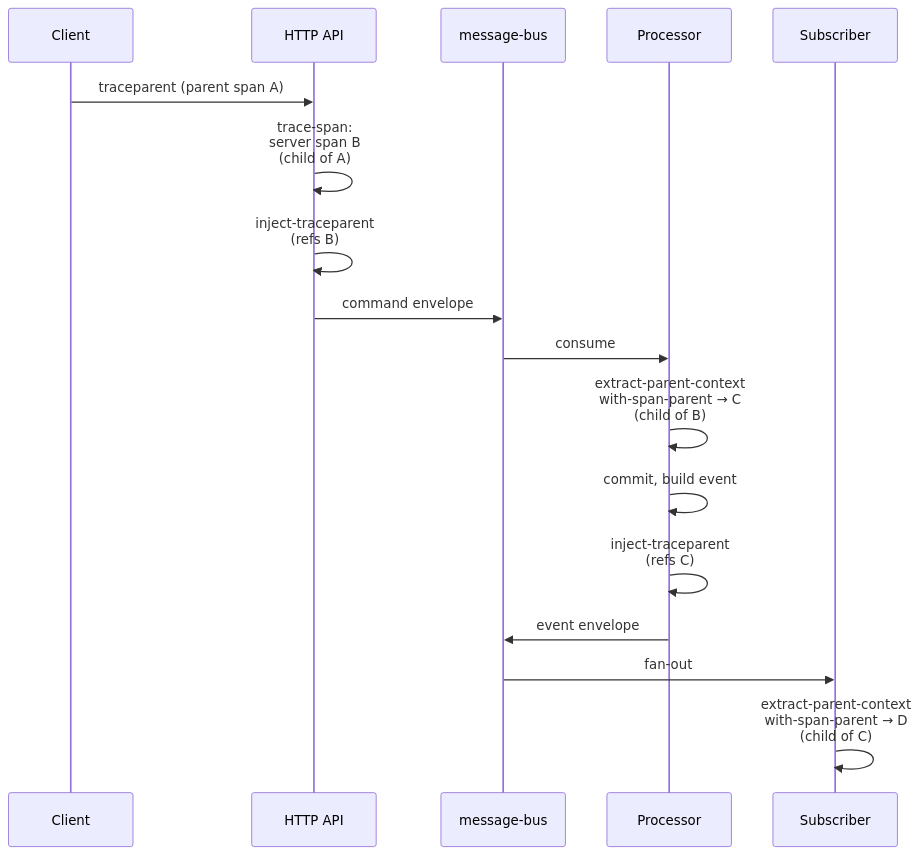
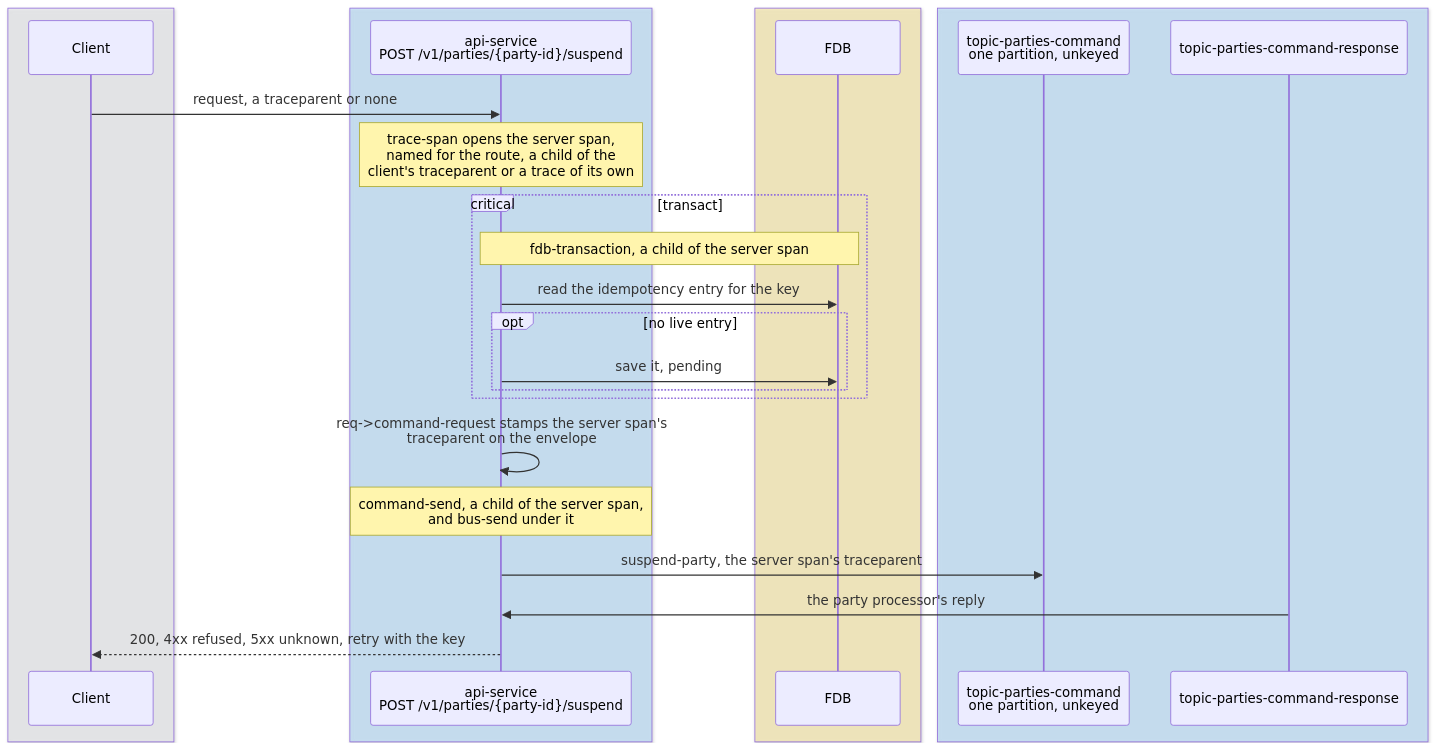
Before and after one commit to repldriven/queenswood: the first of 5 diagrams in docs/tdd/traceability.md, drawn with Mermaid. The commit also changed other lines of this file and 39 other files, not shown here.

First line of the commit message:
Configure a command's reply timeout, create a bank's client after its commit, and redraw the TDDs' sequence diagrams (#832)

````diff
--- a/docs/tdd/traceability.md
+++ b/docs/tdd/traceability.md
@@ -129,20 +141,30 @@
 ```mermaid
 sequenceDiagram
+    box rgba(233, 236, 239, 0.5)
     participant C as Client
-    participant HTTP as HTTP API
-    participant B as message-bus
-    participant P as Processor
-    participant S as Subscriber
-
-    C->>HTTP: traceparent (parent span A)
-    HTTP->>HTTP: trace-span:<br/>server span B<br/>(child of A)
-    HTTP->>HTTP: inject-traceparent<br/>(refs B)
-    HTTP->>B: command envelope
-    B->>P: consume
-    P->>P: extract-parent-context<br/>with-span-parent → C<br/>(child of B)
-    P->>P: commit, build event
-    P->>P: inject-traceparent<br/>(refs C)
-    P->>B: event envelope
-    B->>S: fan-out
-    S->>S: extract-parent-context<br/>with-span-parent → D<br/>(child of C)
+    end
+    box rgba(165, 216, 255, 0.45)
+    participant API as api-service<br/>POST /v1/parties/{party-id}/suspend
+    end
+    box rgba(255, 236, 153, 0.5)
+    participant DB as FDB
+    end
+    box rgba(165, 216, 255, 0.45)
+    participant PC as topic-parties-command<br/>one partition, unkeyed
+    participant PR as topic-parties-command-response
+    end
+    C->>API: request, a traceparent or none
+    Note over API: trace-span opens the server span,<br/>named for the route, a child of the<br/>client's traceparent or a trace of its own
+    critical transact
+    Note over API,DB: fdb-transaction, a child of the server span
+    API->>DB: read the idempotency entry for the key
+    opt no live entry
+    API->>DB: save it, pending
+    end
+    end
+    API->>API: req->command-request stamps the server span's<br/>traceparent on the envelope
+    Note over API: command-send, a child of the server span,<br/>and bus-send under it
+    API->>PC: suspend-party, the server span's traceparent
+    PR->>API: the party processor's reply
+    API-->>C: 200, 4xx refused, 5xx unknown, retry with the key
 ```
````
